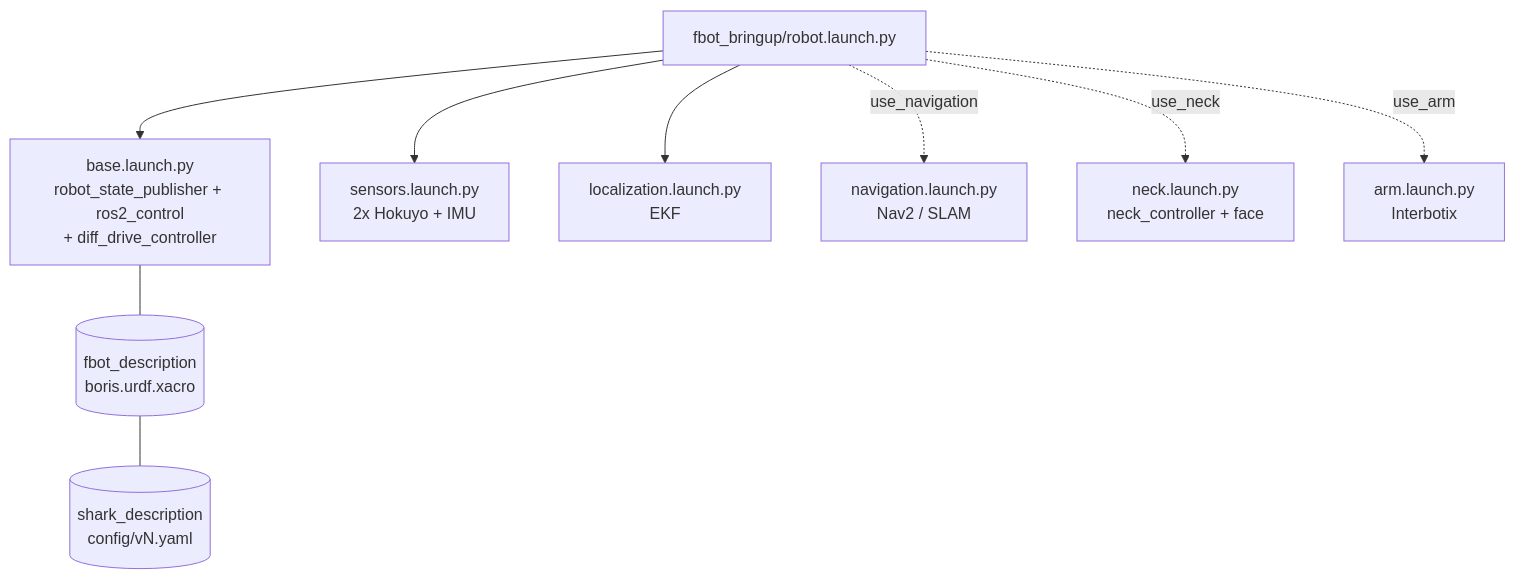
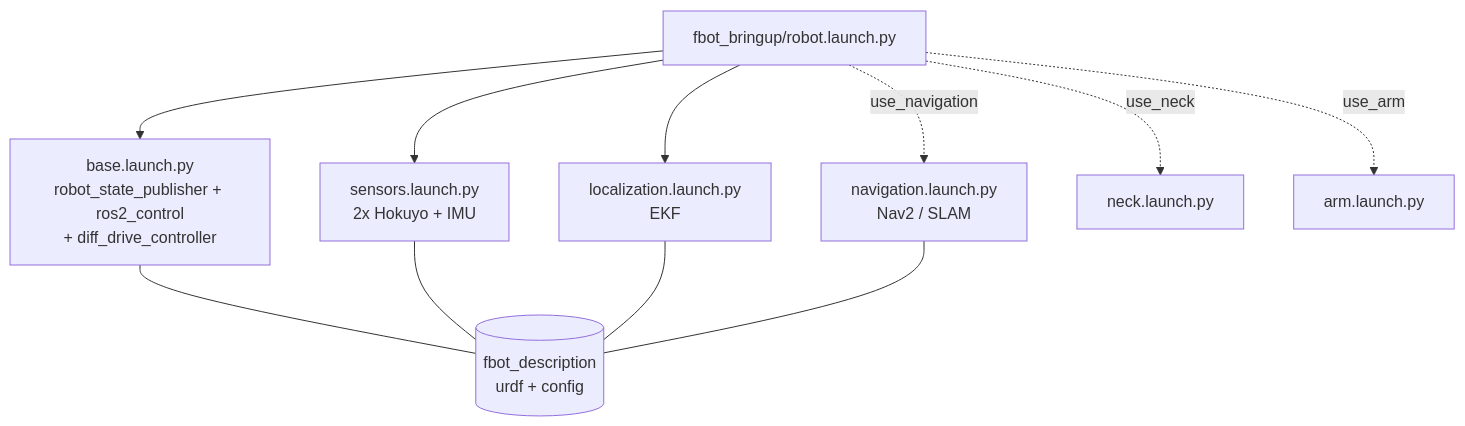
Before and after one commit to fbotathome/fbot_description: the diagram in README.md, drawn with Mermaid. The commit also changed other lines of this file and 2 other files, not shown here.

````diff
--- a/README.md
+++ b/README.md
@@ -58,11 +85,13 @@
 ```mermaid
 flowchart TD
     R[fbot_bringup/robot.launch.py] --> B[base.launch.py<br/>robot_state_publisher + ros2_control<br/>+ diff_drive_controller]
     R --> S[sensors.launch.py<br/>2x Hokuyo + IMU]
     R --> L[localization.launch.py<br/>EKF]
     R -.use_navigation.-> N[navigation.launch.py<br/>Nav2 / SLAM]
-    R -.use_neck.-> K[neck.launch.py<br/>neck_controller + face]
-    R -.use_arm.-> A[arm.launch.py<br/>Interbotix]
-    B --- D[(fbot_description<br/>boris.urdf.xacro)]
-    D --- SH[(shark_description<br/>config/vN.yaml)]
+    R -.use_neck.-> K[neck.launch.py]
+    R -.use_arm.-> A[arm.launch.py]
+    B --- D[(fbot_description<br/>urdf + config)]
+    S --- D
+    L --- D
+    N --- D
 ```
````
